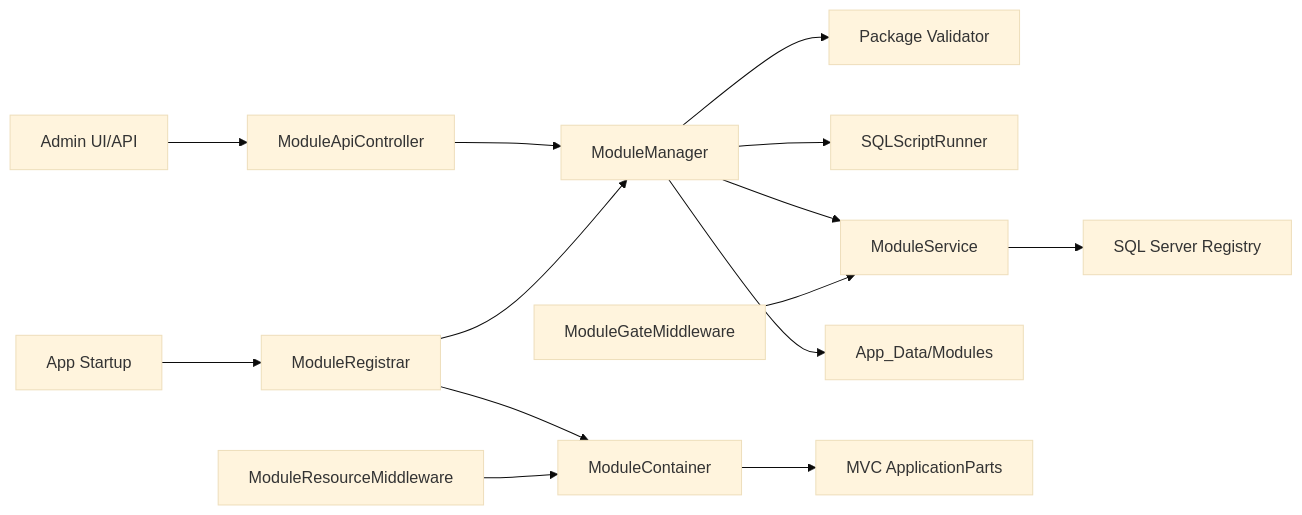
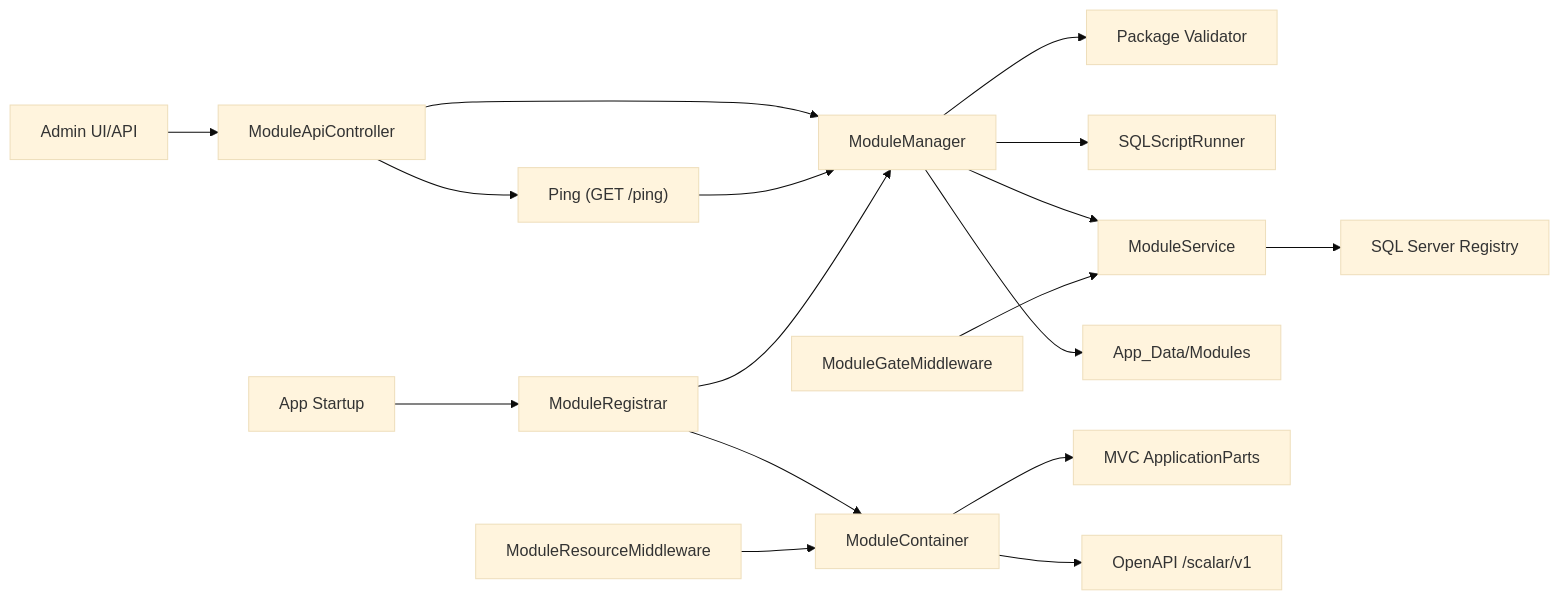
One commit to YangOne-Framework/YO-Framework changed the first of 5 diagrams in MODULE_MANAGEMENT_BLUEPRINT.md. Above: the diagram before and after it, drawn with Mermaid (base theme). The commit also changed other lines of this file and 20 other files, not shown here.

````diff
--- a/MODULE_MANAGEMENT_BLUEPRINT.md
+++ b/MODULE_MANAGEMENT_BLUEPRINT.md
@@ -74,16 +77,19 @@
 ```mermaid
 flowchart LR
     Admin["Admin UI/API"] --> ModuleApi["ModuleApiController"]
     ModuleApi --> Manager["ModuleManager"]
+    ModuleApi --> Ping["Ping (GET /ping)"]
+    Ping --> Manager
     Manager --> Validator["Package Validator"]
     Manager --> ScriptRunner["SQLScriptRunner"]
     Manager --> Service["ModuleService"]
     Service --> DB["SQL Server Registry"]
     Manager --> FS["App_Data/Modules"]
     Startup["App Startup"] --> Registrar["ModuleRegistrar"]
     Registrar --> Manager
     Registrar --> Container["ModuleContainer"]
     Container --> MVC["MVC ApplicationParts"]
+    Container --> OpenApi["OpenAPI /scalar/v1"]
     Gate["ModuleGateMiddleware"] --> Service
     Assets["ModuleResourceMiddleware"] --> Container
 ```
````
